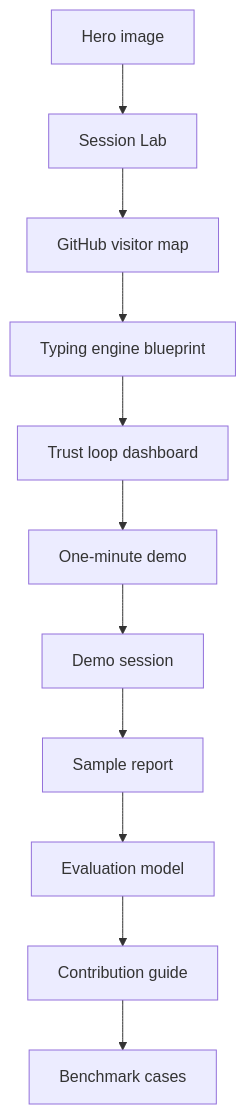
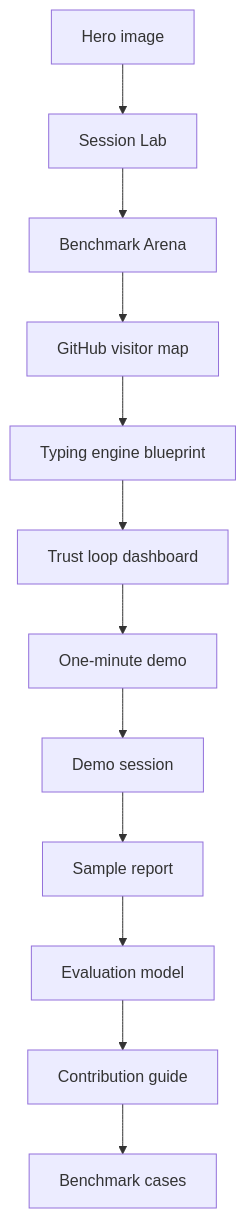
The diagram in docs/visual-tour.md (Zaoqu-Liu/mbti-typing-skill), drawn with Mermaid before and after one commit. The commit also changed other lines of this file and 12 other files, not shown here.

Commit message:
Add benchmark arena case gallery

````diff
--- a/docs/visual-tour.md
+++ b/docs/visual-tour.md
@@ -90,13 +101,14 @@
 ```mermaid
 flowchart TD
     A[Hero image] --> B[Session Lab]
-    B --> C[GitHub visitor map]
-    C --> D[Typing engine blueprint]
-    D --> E[Trust loop dashboard]
-    E --> F[One-minute demo]
-    F --> G[Demo session]
-    G --> H[Sample report]
-    H --> I[Evaluation model]
-    I --> J[Contribution guide]
-    J --> K[Benchmark cases]
+    B --> C[Benchmark Arena]
+    C --> D[GitHub visitor map]
+    D --> E[Typing engine blueprint]
+    E --> F[Trust loop dashboard]
+    F --> G[One-minute demo]
+    G --> H[Demo session]
+    H --> I[Sample report]
+    I --> J[Evaluation model]
+    J --> K[Contribution guide]
+    K --> L[Benchmark cases]
 ```
````
